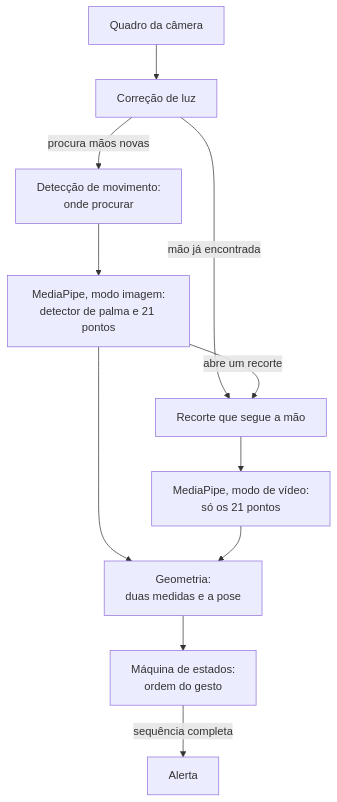
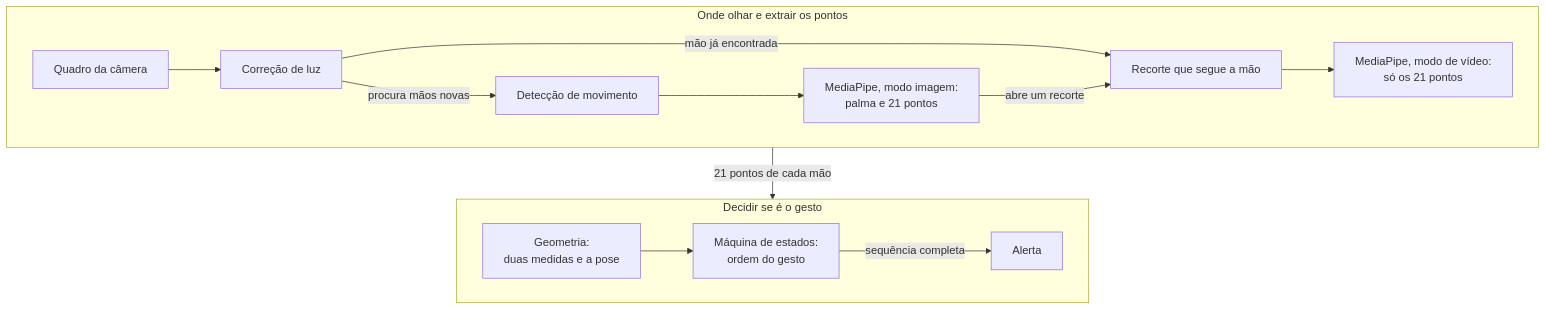
One commit to LucasZanotto/identificacao-sinal-de-socorro changed the first of 2 diagrams in README.md. Above: the diagram before and after it, drawn with Mermaid.

Commit message:
docs: organiza o diagrama do README em duas partes

````diff
--- a/README.md
+++ b/README.md
@@ -108,13 +108,18 @@
 ```mermaid
 flowchart TD
-    A["Quadro da câmera"] --> B["Correção de luz"]
-    B -- "procura mãos novas" --> C["Detecção de movimento:<br>onde procurar"]
-    B -- "mão já encontrada" --> D["Recorte que segue a mão"]
-    C --> E["MediaPipe, modo imagem:<br>detector de palma e 21 pontos"]
-    D --> F["MediaPipe, modo de vídeo:<br>só os 21 pontos"]
-    E -- "abre um recorte" --> D
-    E --> G["Geometria:<br>duas medidas e a pose"]
-    F --> G
-    G --> H["Máquina de estados:<br>ordem do gesto"]
-    H -- "sequência completa" --> I["Alerta"]
+    subgraph V["Onde olhar e extrair os pontos"]
+        direction LR
+        A["Quadro da câmera"] --> B["Correção de luz"]
+        B -- "procura mãos novas" --> C["Detecção de movimento"]
+        C --> E["MediaPipe, modo imagem:<br>palma e 21 pontos"]
+        B -- "mão já encontrada" --> D["Recorte que segue a mão"]
+        D --> F["MediaPipe, modo de vídeo:<br>só os 21 pontos"]
+        E -- "abre um recorte" --> D
+    end
+    subgraph P["Decidir se é o gesto"]
+        direction LR
+        G["Geometria:<br>duas medidas e a pose"] --> H["Máquina de estados:<br>ordem do gesto"]
+        H -- "sequência completa" --> I["Alerta"]
+    end
+    V -- "21 pontos de cada mão" --> P
 ```
````
